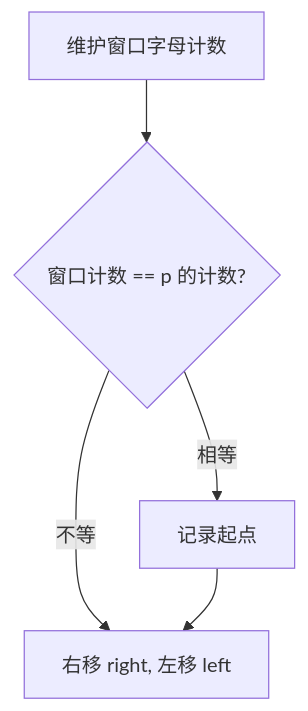
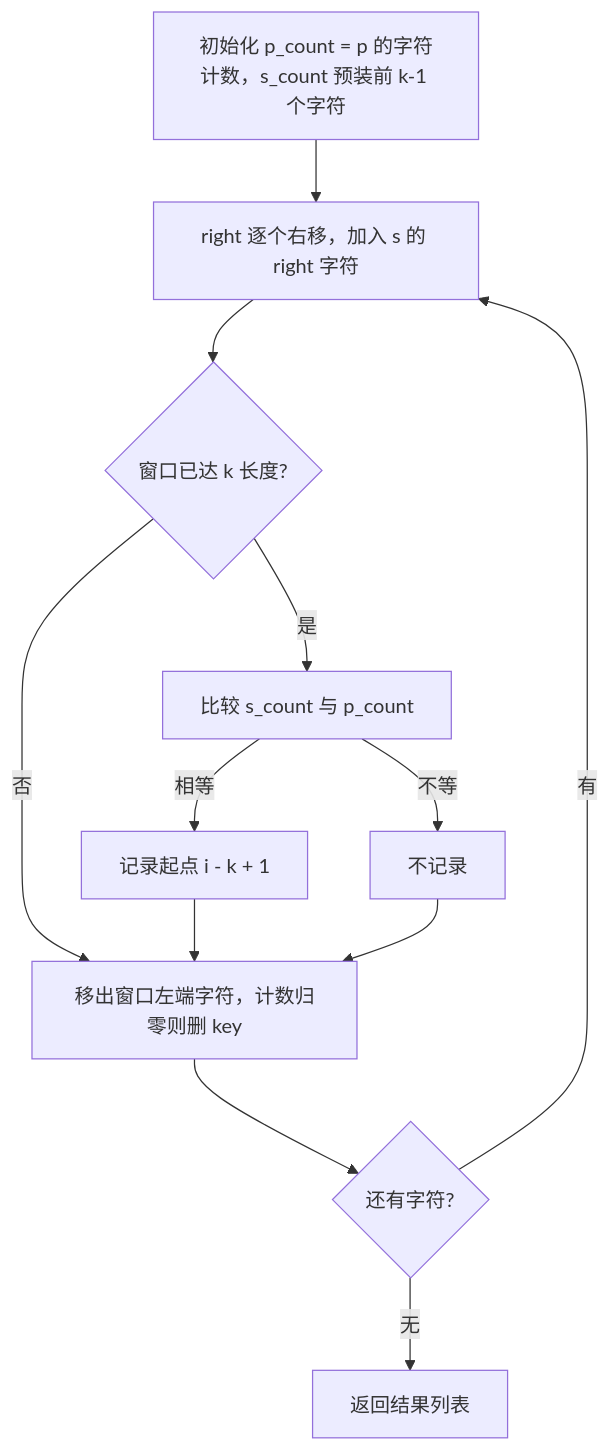
The first of 2 diagrams in 03-滑动窗口/0438-找到字符串中所有字母异位词.md (OctalZero/hot100-py), drawn with Mermaid before and after one commit. The commit also changed other lines of this file and 117 other files, not shown here.

First line of the commit message:
feat: 全题解配图升级为「动画式 mermaid」（总览骨架 + 横向时间线逐步推演）

````diff
--- a/03-滑动窗口/0438-找到字符串中所有字母异位词.md
+++ b/03-滑动窗口/0438-找到字符串中所有字母异位词.md
@@ -23,7 +23,14 @@
 ```mermaid
 flowchart TD
-    A["维护窗口字母计数"] --> B{"窗口计数 == p 的计数?"}
-    B -- "相等" --> C["记录起点"]
-    B -- "不等" --> D["右移 right, 左移 left"]
-    C --> D
+    A["初始化 p_count = p 的字符计数，s_count 预装前 k-1 个字符"] --> B["right 逐个右移，加入 s 的 right 字符"]
+    B --> C{"窗口已达 k 长度?"}
+    C -->|"是"| D["比较 s_count 与 p_count"]
+    C -->|"否"| G
+    D -->|"相等"| E["记录起点 i - k + 1"]
+    D -->|"不等"| F["不记录"]
+    E --> G
+    F --> G
+    G["移出窗口左端字符，计数归零则删 key"] --> H{"还有字符?"}
+    H -->|"有"| B
+    H -->|"无"| I["返回结果列表"]
 ```
````
